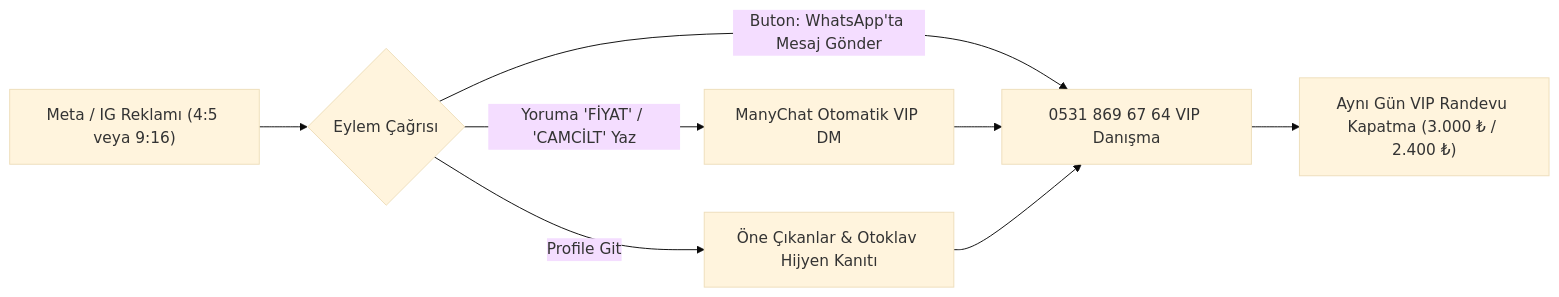
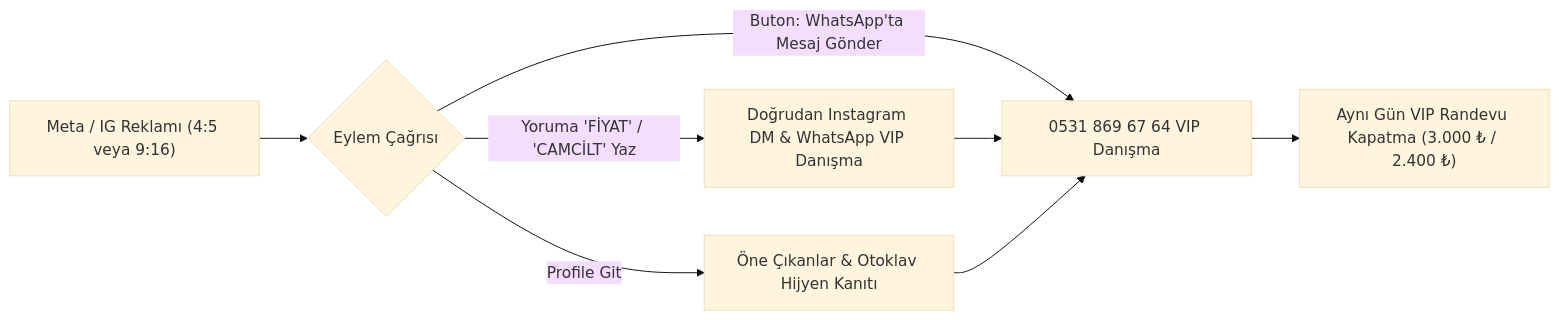
Before and after one commit to ramazantsnn-byte/linail-beauty: the diagram in reklam_calisma_defteri_20_kasim/00_KAMPANYA_ANA_STRATEJISI_VE_BUTCE.md, drawn with Mermaid (base theme). The commit also changed 11 other files, not shown here.

Commit message:
refactor(crm): disable manychat and switch 100% to direct instagram dm and vip whatsapp route

````diff
--- a/reklam_calisma_defteri_20_kasim/00_KAMPANYA_ANA_STRATEJISI_VE_BUTCE.md
+++ b/reklam_calisma_defteri_20_kasim/00_KAMPANYA_ANA_STRATEJISI_VE_BUTCE.md
@@ -57,10 +57,10 @@
 ```mermaid
 flowchart LR
     A["Meta / IG Reklamı (4:5 veya 9:16)"] --> B{"Eylem Çağrısı"}
-    B -->|"Yoruma 'FİYAT' / 'CAMCİLT' Yaz"| C["ManyChat Otomatik VIP DM"]
+    B -->|"Yoruma 'FİYAT' / 'CAMCİLT' Yaz"| C["Doğrudan Instagram DM & WhatsApp VIP Danışma"]
     B -->|"Profile Git"| D["Öne Çıkanlar & Otoklav Hijyen Kanıtı"]
     B -->|"Buton: WhatsApp'ta Mesaj Gönder"| E["0531 869 67 64 VIP Danışma"]
     C --> E
     D --> E
     E --> F["Aynı Gün VIP Randevu Kapatma (3.000 ₺ / 2.400 ₺)"]
 ```
````
